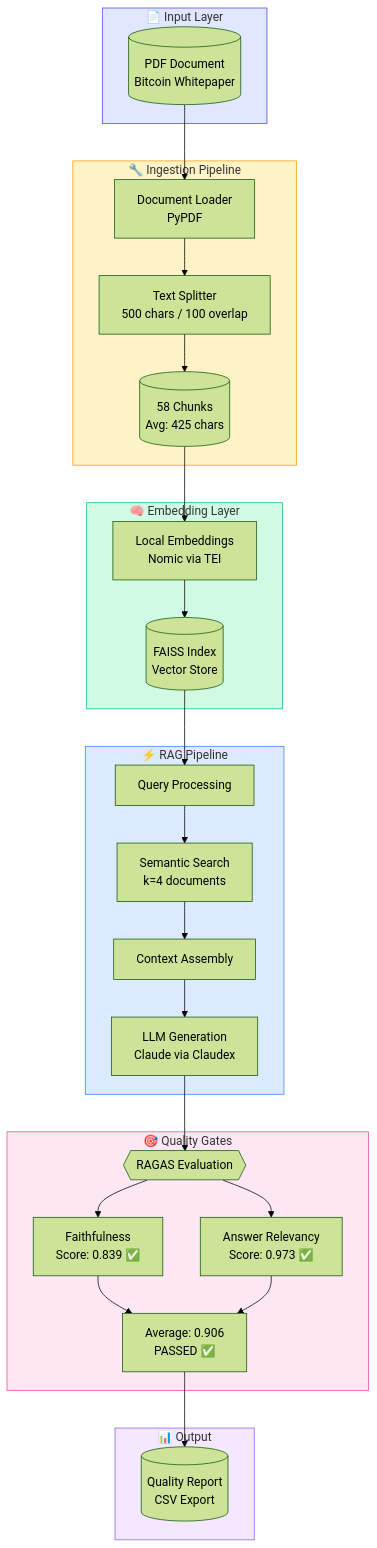
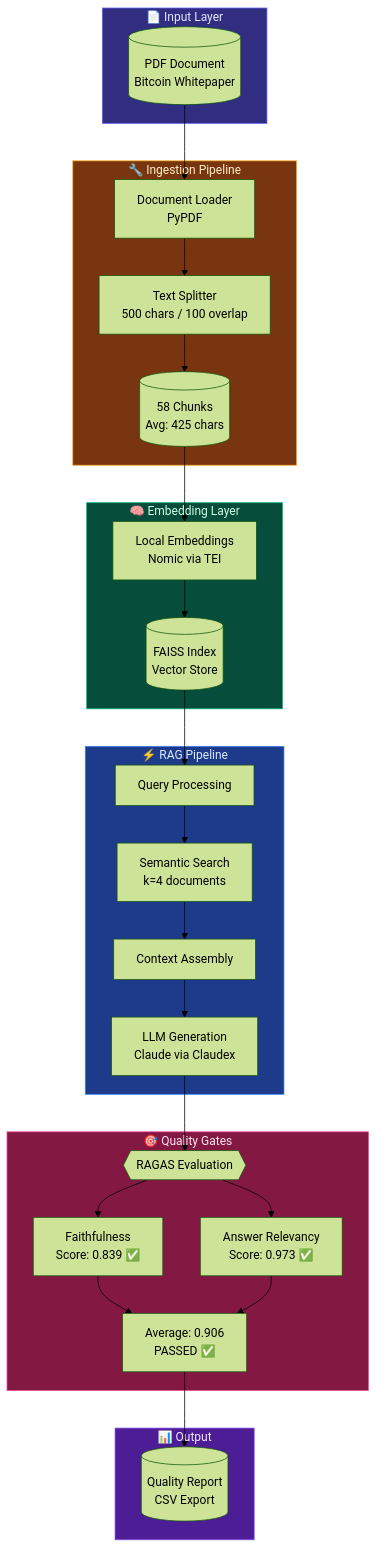
Before and after one commit to Leeaandrob/rag-quality-gates: the second of 6 diagrams in README.md, drawn with Mermaid (forest theme). The commit also changed other lines of this file, not shown here.

Commit message:
fix: update Mermaid diagrams with dark theme colors for better readability

````diff
--- a/README.md
+++ b/README.md
@@ -37,49 +37,49 @@
 ```mermaid
 flowchart TB
     subgraph INPUT["📄 Input Layer"]
         A[("PDF Document<br/>Bitcoin Whitepaper")]
     end
 
     subgraph INGESTION["🔧 Ingestion Pipeline"]
         B["Document Loader<br/>PyPDF"]
         C["Text Splitter<br/>500 chars / 100 overlap"]
         D[("58 Chunks<br/>Avg: 425 chars")]
     end
 
     subgraph EMBEDDING["🧠 Embedding Layer"]
         E["Local Embeddings<br/>Nomic via TEI"]
         F[("FAISS Index<br/>Vector Store")]
     end
 
     subgraph RAG["⚡ RAG Pipeline"]
         G["Query Processing"]
         H["Semantic Search<br/>k=4 documents"]
         I["Context Assembly"]
         J["LLM Generation<br/>Claude via Claudex"]
     end
 
     subgraph QUALITY["🎯 Quality Gates"]
         K{{"RAGAS Evaluation"}}
         L["Faithfulness<br/>Score: 0.839 ✅"]
         M["Answer Relevancy<br/>Score: 0.973 ✅"]
         N["Average: 0.906<br/>PASSED ✅"]
     end
 
     subgraph OUTPUT["📊 Output"]
         O[("Quality Report<br/>CSV Export")]
     end
 
     A --> B --> C --> D
     D --> E --> F
     F --> G --> H --> I --> J
     J --> K
     K --> L & M
     L & M --> N --> O
 
-    style INPUT fill:#E0E7FF,stroke:#4F46E5
-    style INGESTION fill:#FEF3C7,stroke:#F59E0B
-    style EMBEDDING fill:#D1FAE5,stroke:#10B981
-    style RAG fill:#DBEAFE,stroke:#3B82F6
-    style QUALITY fill:#FCE7F3,stroke:#EC4899
-    style OUTPUT fill:#F3E8FF,stroke:#8B5CF6
+    style INPUT fill:#312e81,stroke:#6366f1,color:#e0e7ff
+    style INGESTION fill:#78350f,stroke:#f59e0b,color:#fef3c7
+    style EMBEDDING fill:#064e3b,stroke:#10b981,color:#d1fae5
+    style RAG fill:#1e3a8a,stroke:#3b82f6,color:#dbeafe
+    style QUALITY fill:#831843,stroke:#ec4899,color:#fce7f3
+    style OUTPUT fill:#4c1d95,stroke:#8b5cf6,color:#f3e8ff
 ```
````
